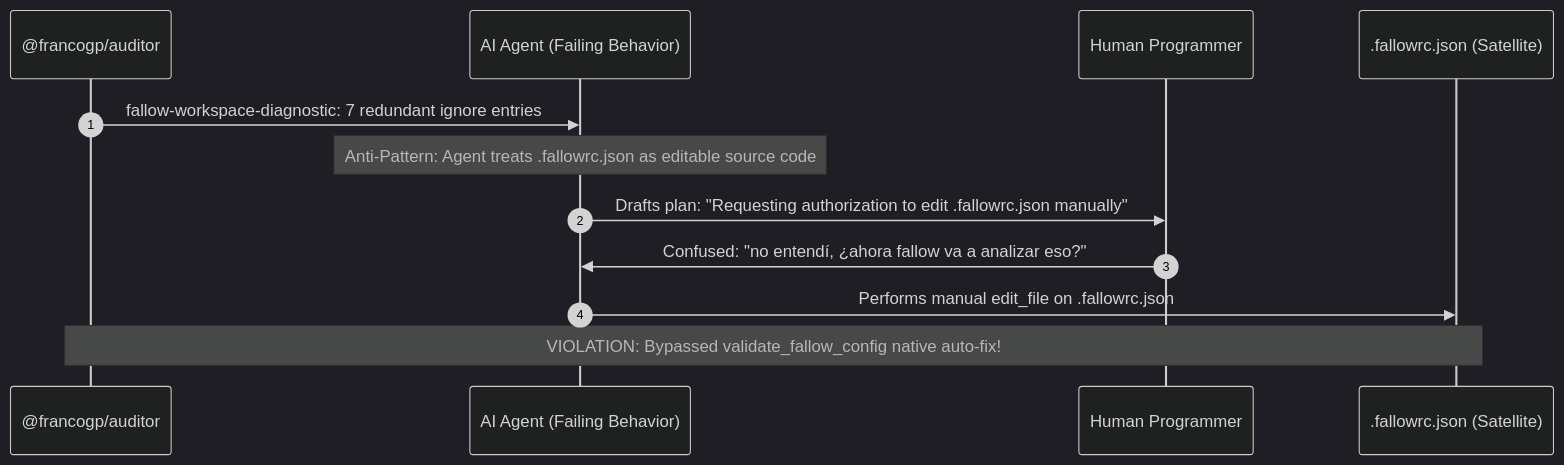
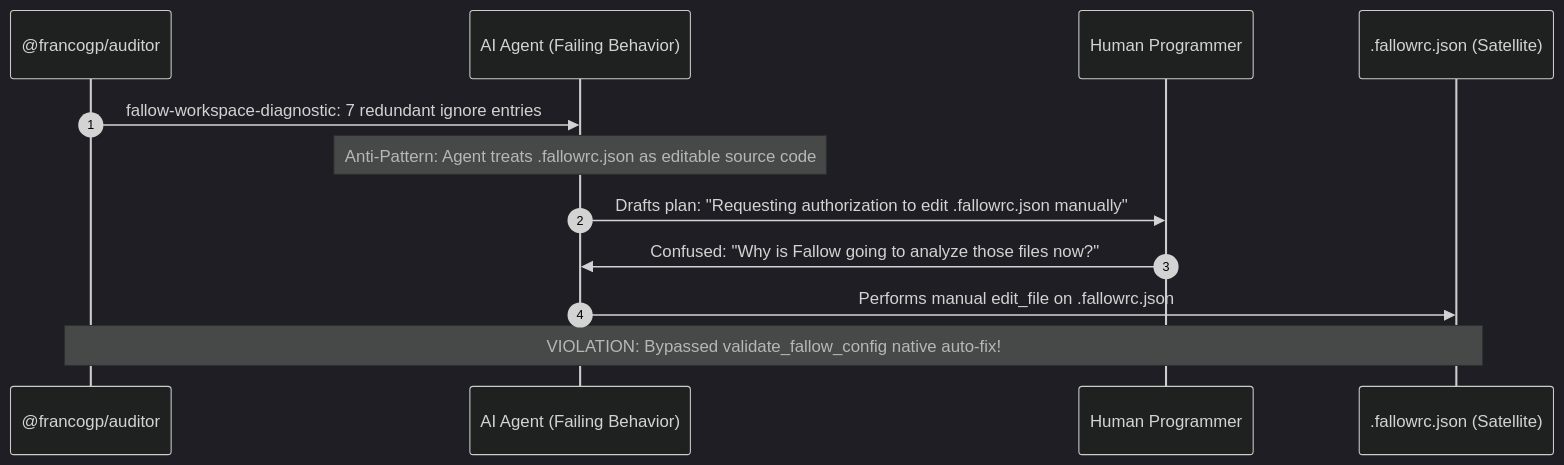
One commit to francogp/auditor changed the first of 2 diagrams in .agents/skills/auditor/references/satellite-configs-sovereignty-guide.md. Above: the diagram before and after it, drawn with Mermaid (dark theme). The commit also changed other lines of this file and 101 other files, not shown here.

First line of the commit message:
fix: modernize owned agent skills, DOX hierarchy, and CLI execution flows (v10.12.5)

````diff
--- a/.agents/skills/auditor/references/satellite-configs-sovereignty-guide.md
+++ b/.agents/skills/auditor/references/satellite-configs-sovereignty-guide.md
@@ -40,15 +40,15 @@
 ```mermaid
 sequenceDiagram
     autonumber
     participant Auditor as @francogp/auditor
     participant Agent as AI Agent (Failing Behavior)
     participant User as Human Programmer
     participant FallowRc as .fallowrc.json (Satellite)
 
     Auditor->>Agent: fallow-workspace-diagnostic: 7 redundant ignore entries
     Note over Agent: Anti-Pattern: Agent treats .fallowrc.json as editable source code
     Agent->>User: Drafts plan: "Requesting authorization to edit .fallowrc.json manually"
-    User->>Agent: Confused: "no entendí, ¿ahora fallow va a analizar eso?"
+    User->>Agent: Confused: "Why is Fallow going to analyze those files now?"
     Agent->>FallowRc: Performs manual edit_file on .fallowrc.json
     Note over Auditor,FallowRc: VIOLATION: Bypassed validate_fallow_config native auto-fix!
 ```
````
